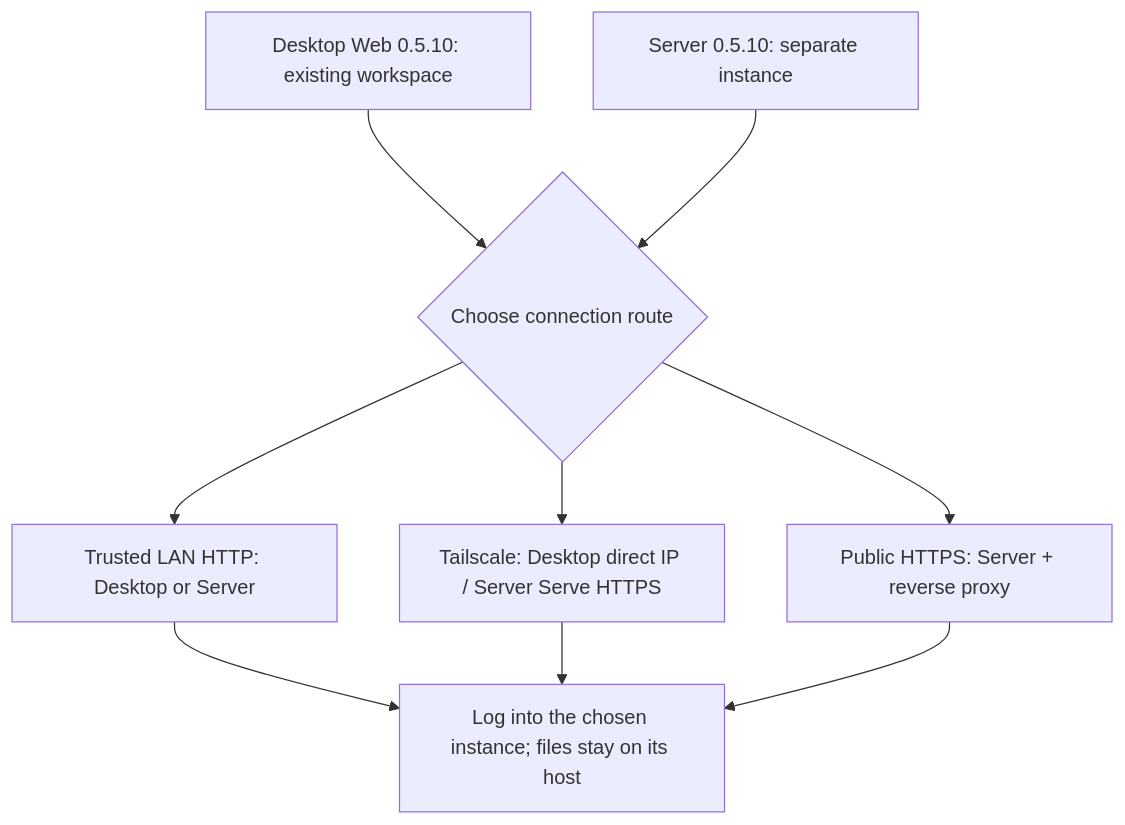
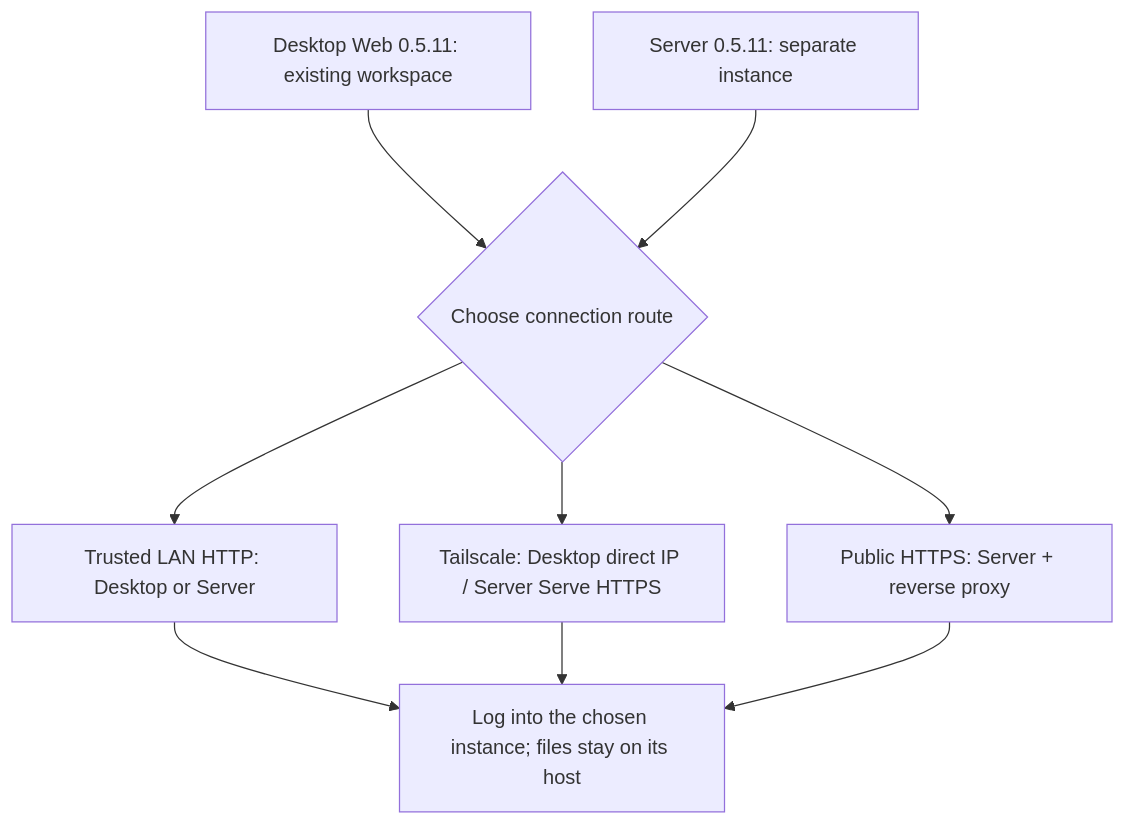
Before and after one commit to murray17/rovai-ai: the diagram in website/site/public/assets/diagrams/deployment-choice-en.mmd, drawn with Mermaid. The commit also changed 10 other files, not shown here.

```diff
--- a/website/site/public/assets/diagrams/deployment-choice-en.mmd
+++ b/website/site/public/assets/diagrams/deployment-choice-en.mmd
@@ -1,12 +1,12 @@
 flowchart TB
-  desktop["Desktop Web 0.5.10: existing workspace"]
-  server["Server 0.5.10: separate instance"]
+  desktop["Desktop Web 0.5.11: existing workspace"]
+  server["Server 0.5.11: separate instance"]
   choice{"Choose connection route"}
   desktop --> choice
   server --> choice
   choice --> lan["Trusted LAN HTTP: Desktop or Server"]
   choice --> ts["Tailscale: Desktop direct IP / Server Serve HTTPS"]
   choice --> public["Public HTTPS: Server + reverse proxy"]
   lan --> login["Log into the chosen instance; files stay on its host"]
   ts --> login
   public --> login
```
